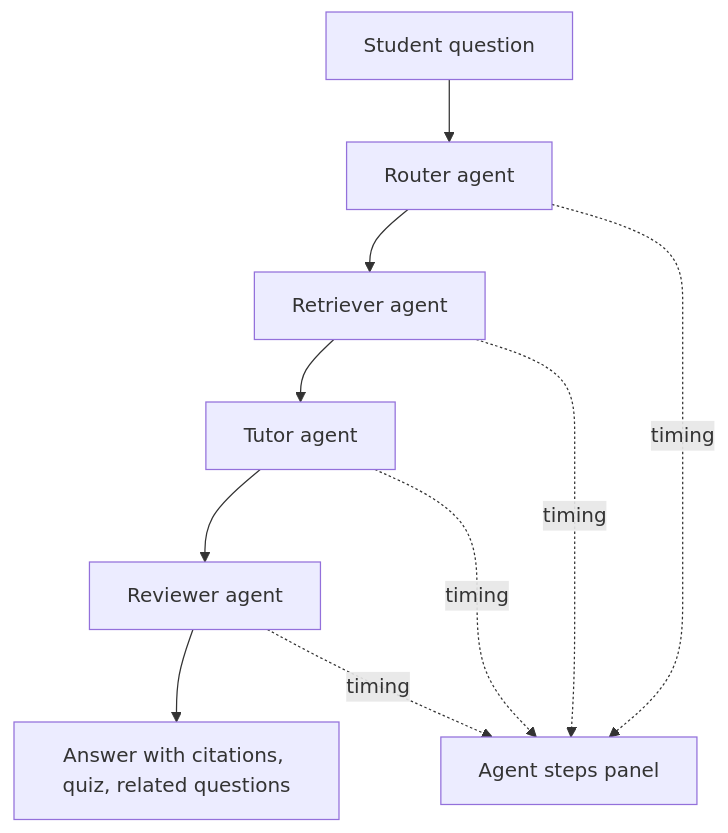
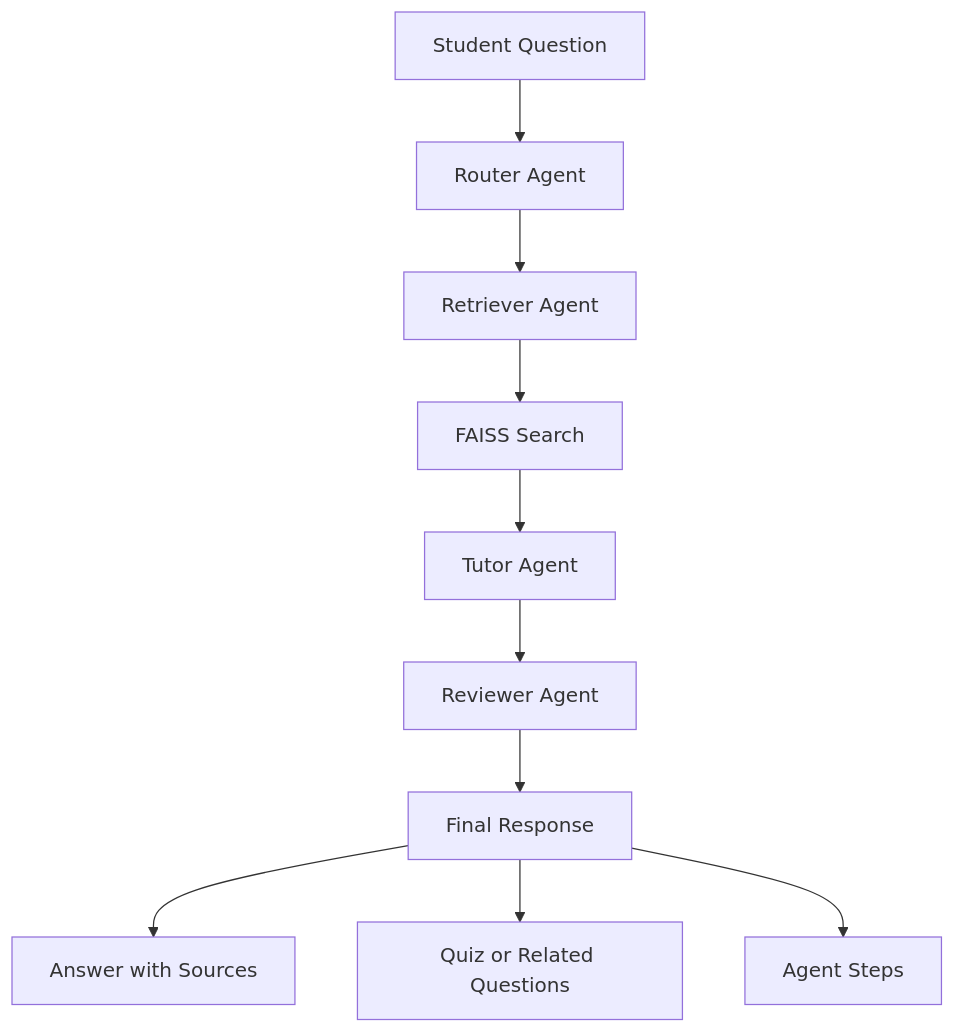
The first of 2 diagrams in README.md (Ioniixia/Subject-Guide_agent), drawn with Mermaid before and after one commit. The commit also changed other lines of this file, not shown here.

````diff
--- a/README.md
+++ b/README.md
@@ -111,12 +201,12 @@
 ```mermaid
 flowchart TD
-    Q[Student question] --> RT[Router agent]
-    RT --> RE[Retriever agent]
-    RE --> TU[Tutor agent]
-    TU --> RV[Reviewer agent]
-    RV --> OUT[Answer with citations, quiz, related questions]
-    RT -. timing .-> LOG[Agent steps panel]
-    RE -. timing .-> LOG
-    TU -. timing .-> LOG
-    RV -. timing .-> LOG
+    A[Student Question] --> B[Router Agent]
+    B --> C[Retriever Agent]
+    C --> D[FAISS Search]
+    D --> E[Tutor Agent]
+    E --> F[Reviewer Agent]
+    F --> G[Final Response]
+    G --> H[Answer with Sources]
+    G --> I[Quiz or Related Questions]
+    G --> J[Agent Steps]
 ```
````
